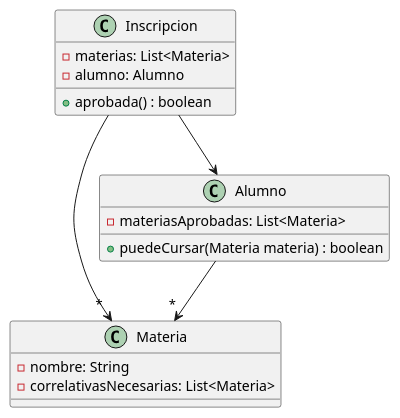
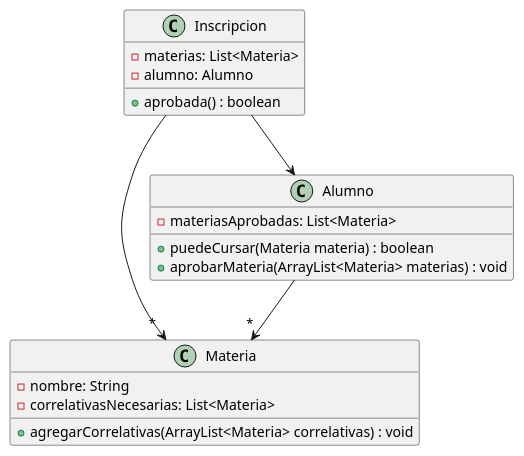
The diagram in src/diagramaClases.puml (JuanMolinaa02/Validador-de-Correlatividades), drawn with PlantUML before and after one commit. The commit also changed 12 other files, not shown here.

Commit message:
Agrego abstraccion para agregar correlativas y alumno apruebe materias, corrijo tests y DC

```diff
--- a/src/diagramaClases.puml
+++ b/src/diagramaClases.puml
@@ -1,25 +1,28 @@
 @startuml
 
 class Inscripcion{
     - materias: List<Materia>
     - alumno: Alumno
 
     + aprobada() : boolean
 }
 
 class Materia{
     - nombre: String
     - correlativasNecesarias: List<Materia>
+
+    + agregarCorrelativas(ArrayList<Materia> correlativas) : void
 }
 
 class Alumno{
     - materiasAprobadas: List<Materia>
 
     + puedeCursar(Materia materia) : boolean
+    + aprobarMateria(ArrayList<Materia> materias) : void
 }
 
 Alumno --> " * " Materia
 Inscripcion --> Alumno
 Inscripcion --> " * " Materia
 
 @enduml
```
